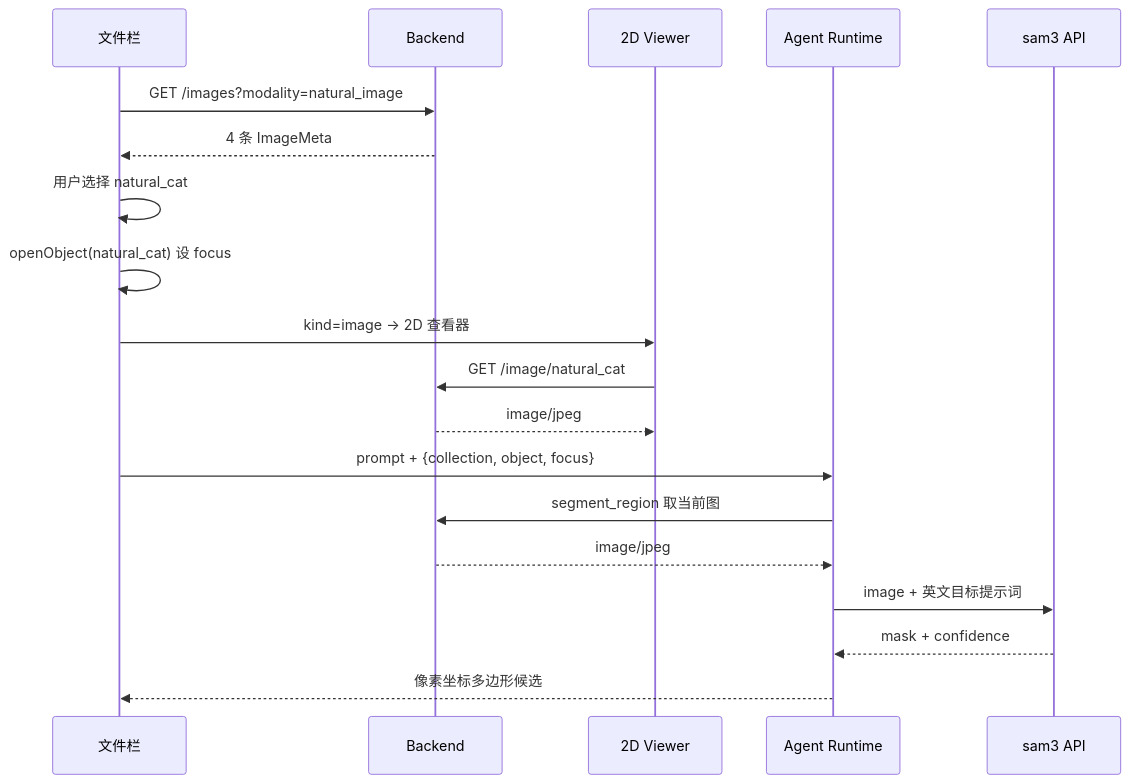
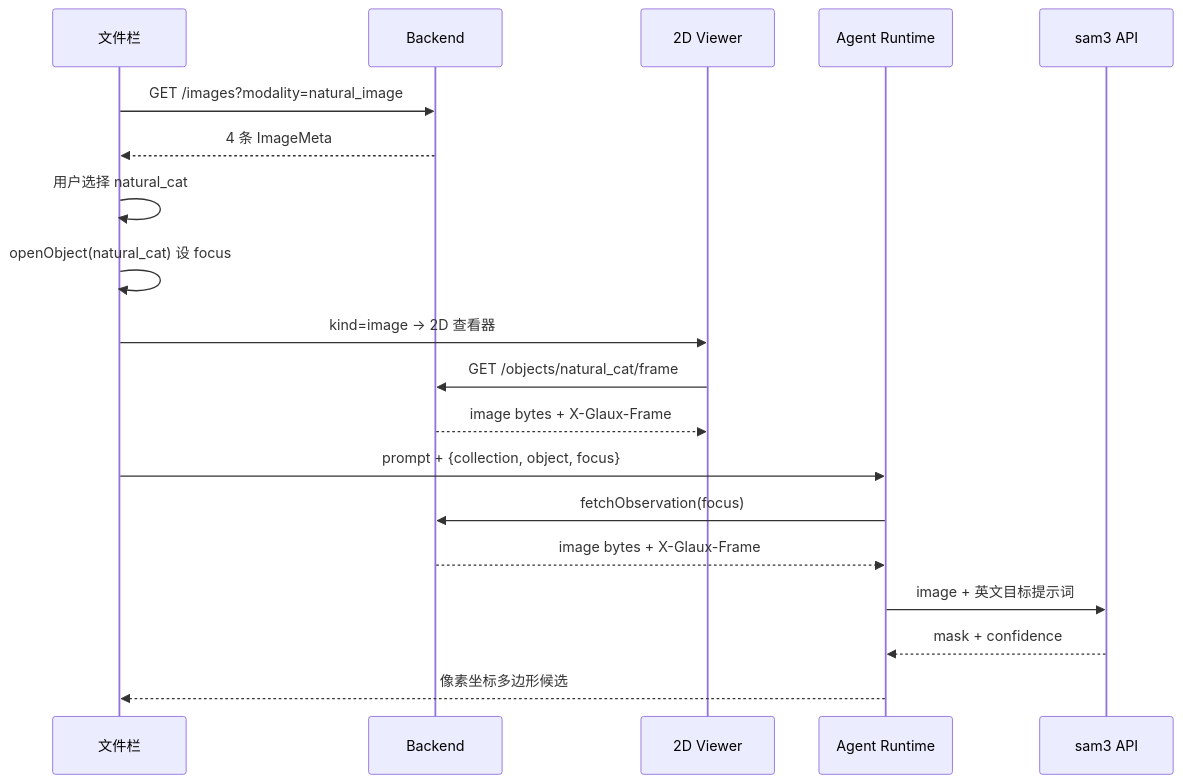
The first of 2 diagrams in docs/sdd/feats/07-natural-image-sam-demo/README.md (zhentai-sn/open-glaux), drawn with Mermaid before and after one commit. The commit also changed other lines of this file and 35 other files, not shown here.

````diff
--- a/docs/sdd/feats/07-natural-image-sam-demo/README.md
+++ b/docs/sdd/feats/07-natural-image-sam-demo/README.md
@@ -104,22 +104,22 @@
 ```mermaid
 sequenceDiagram
     participant F as 文件栏
     participant B as Backend
     participant V as 2D Viewer
     participant A as Agent Runtime
     participant S as sam3 API
 
     F->>B: GET /images?modality=natural_image
     B-->>F: 4 条 ImageMeta
     F->>F: 用户选择 natural_cat
     F->>F: openObject(natural_cat) 设 focus
     F->>V: kind=image → 2D 查看器
-    V->>B: GET /image/natural_cat
-    B-->>V: image/jpeg
+    V->>B: GET /objects/natural_cat/frame
+    B-->>V: image bytes + X-Glaux-Frame
     F->>A: prompt + {collection, object, focus}
-    A->>B: segment_region 取当前图
-    B-->>A: image/jpeg
+    A->>B: fetchObservation(focus)
+    B-->>A: image bytes + X-Glaux-Frame
     A->>S: image + 英文目标提示词
     S-->>A: mask + confidence
     A-->>F: 像素坐标多边形候选
 ```
````
